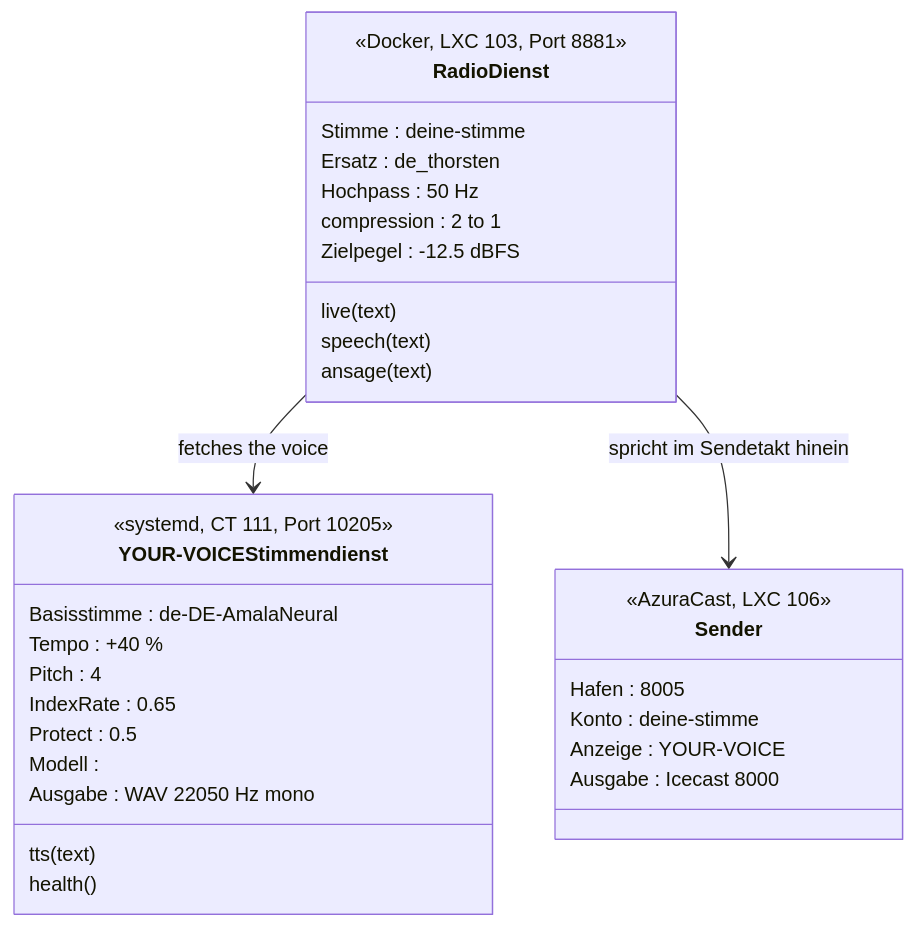
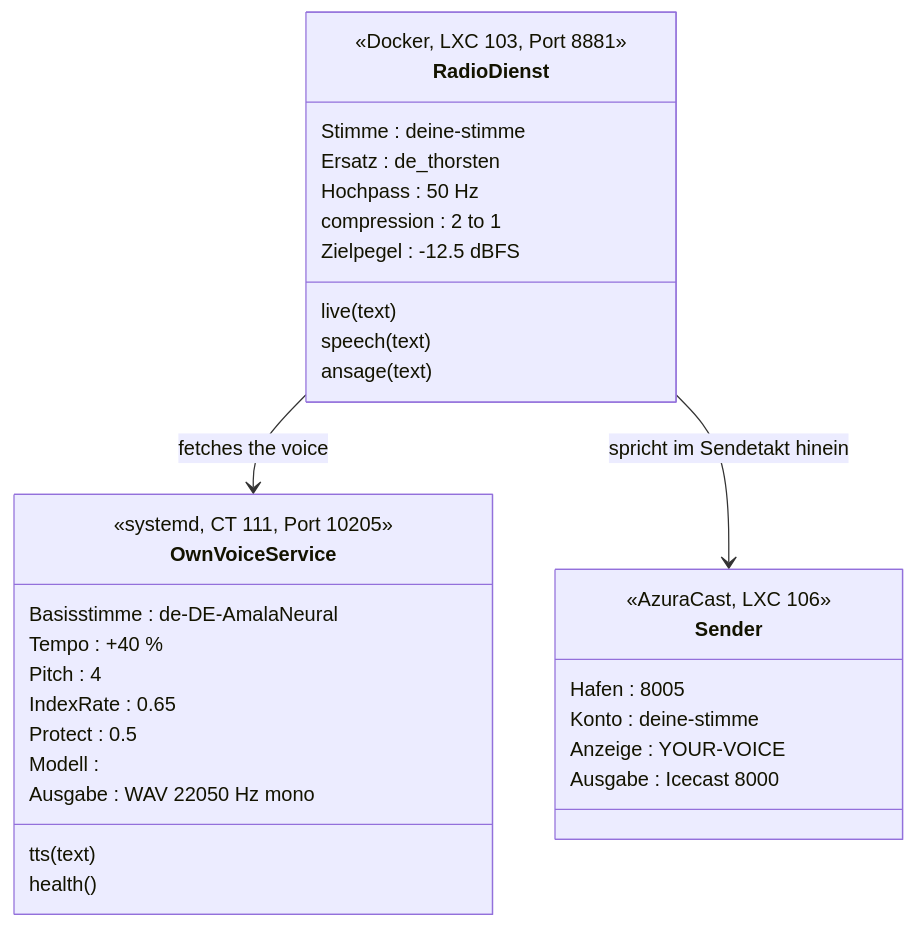
One commit to Nr44suessauer/deadline-beats-radio-bot changed diagram 12 of 15 in EN/DOKU/HANDBUCH.md. Above: the diagram before and after it, drawn with Mermaid. The commit also changed other lines of this file and 4 other files, not shown here.

````diff
--- a/EN/DOKU/HANDBUCH.md
+++ b/EN/DOKU/HANDBUCH.md
@@ -760,35 +760,35 @@
 ```mermaid
 classDiagram
-  class YOUR-VOICEStimmendienst {
+  class OwnVoiceService {
     <<systemd, CT 111, Port 10205>>
     Basisstimme : de-DE-AmalaNeural
     Tempo : +40 %
     Pitch : 4
     IndexRate : 0.65
     Protect : 0.5
     Modell : <your-model>
     Ausgabe : WAV 22050 Hz mono
     tts(text)
     health()
   }
   class RadioDienst {
     <<Docker, LXC 103, Port 8881>>
     Stimme : deine-stimme
     Ersatz : de_thorsten
     Hochpass : 50 Hz
     compression : 2 to 1
     Zielpegel : -12.5 dBFS
     live(text)
     speech(text)
     ansage(text)
   }
   class Sender {
     <<AzuraCast, LXC 106>>
     Hafen : 8005
     Konto : deine-stimme
     Anzeige : YOUR-VOICE
     Ausgabe : Icecast 8000
   }
-  RadioDienst --> YOUR-VOICEStimmendienst : fetches the voice
+  RadioDienst --> OwnVoiceService : fetches the voice
   RadioDienst --> Sender : spricht im Sendetakt hinein
 ```
````
